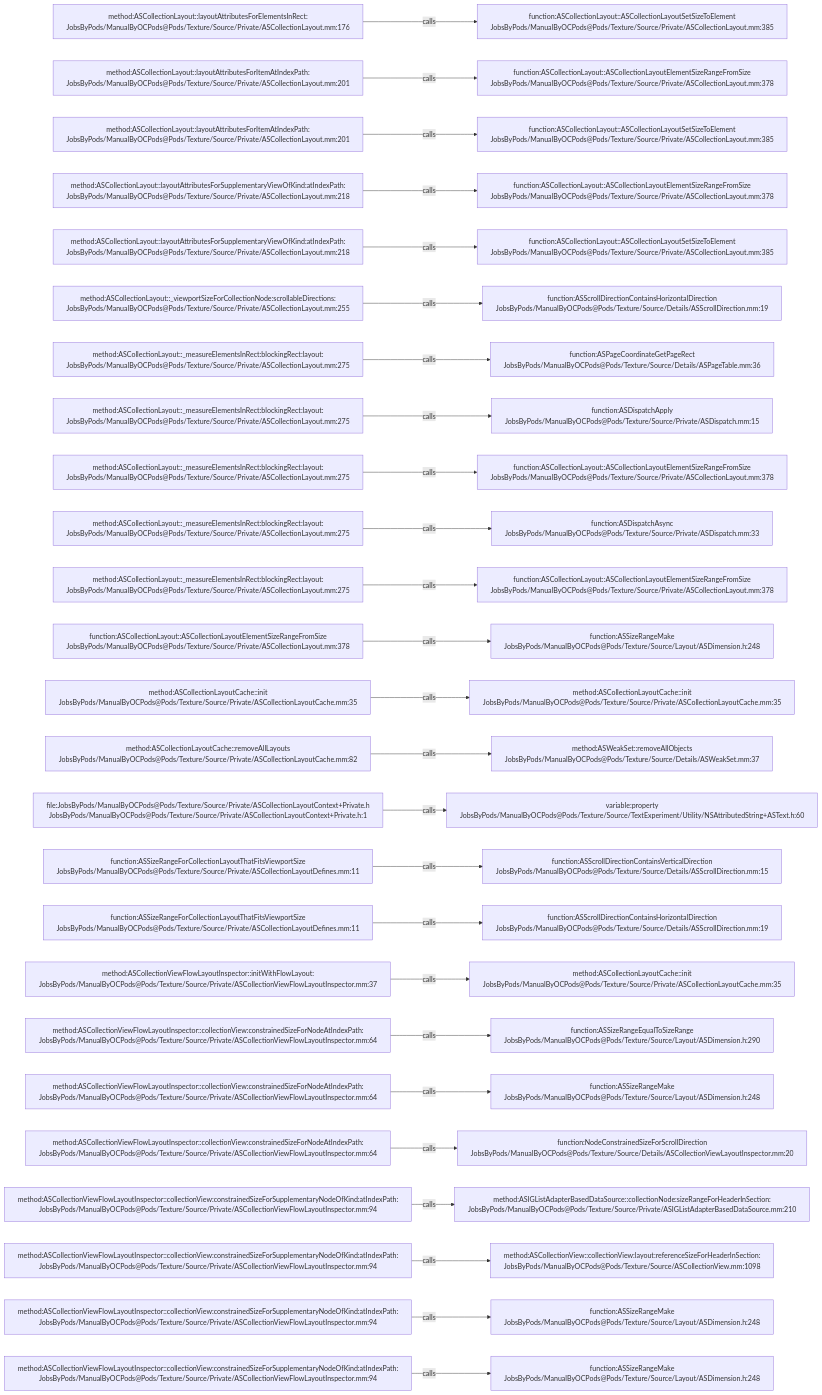
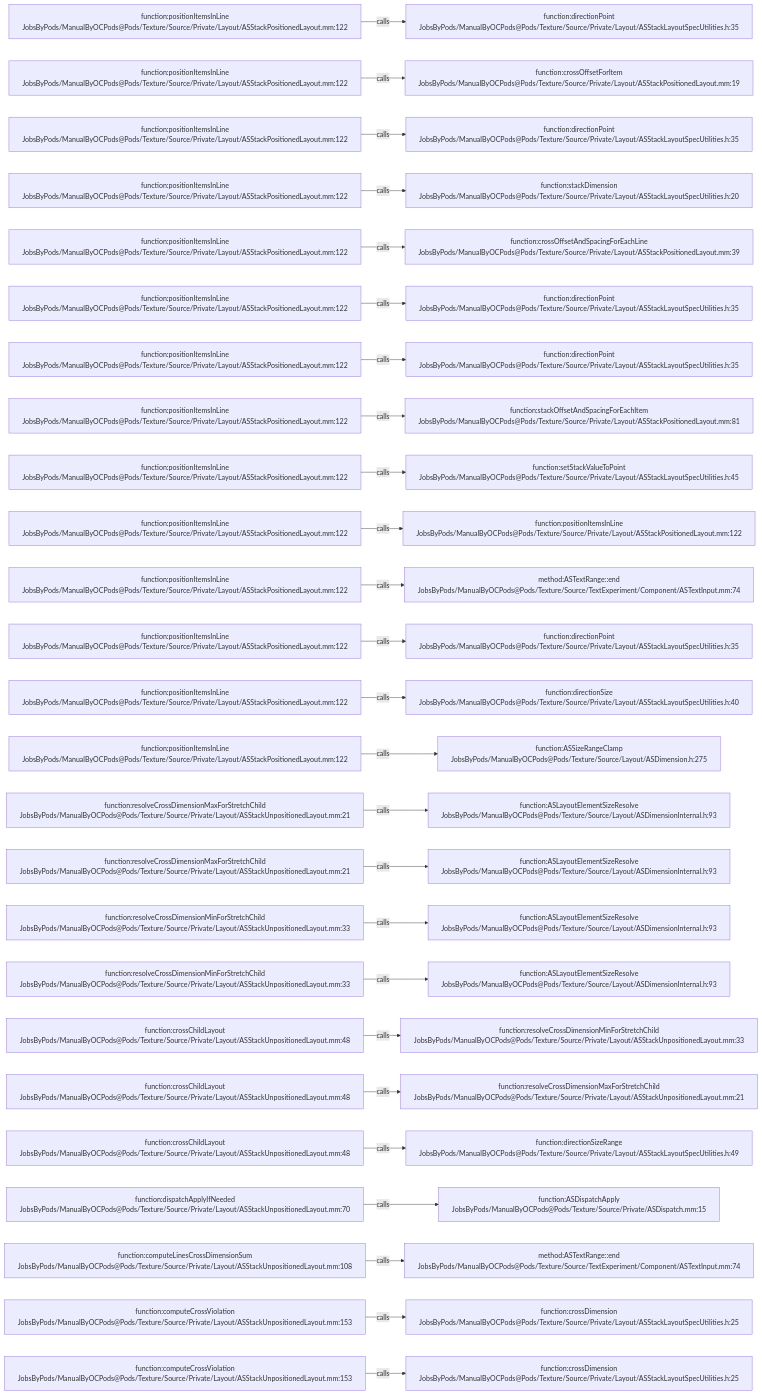
One commit to JobsKits/JobsOCBaseConfigDemo changed the diagram in .codegraph/codegraph.md/graphs/calls-177.md. Above: the diagram before and after it, drawn with Mermaid. The commit also changed 2723 other files, not shown here.

````diff
--- a/.codegraph/codegraph.md/graphs/calls-177.md
+++ b/.codegraph/codegraph.md/graphs/calls-177.md
@@ -13,78 +13,78 @@
 ```mermaid
 flowchart LR
-  S1["method:ASCollectionLayout::layoutAttributesForElementsInRect:<br/>JobsByPods/ManualByOCPods@Pods/Texture/Source/Private/ASCollectionLayout.mm:176"]
-  T1["function:ASCollectionLayout::ASCollectionLayoutSetSizeToElement<br/>JobsByPods/ManualByOCPods@Pods/Texture/Source/Private/ASCollectionLayout.mm:385"]
+  S1["function:positionItemsInLine<br/>JobsByPods/ManualByOCPods@Pods/Texture/Source/Private/Layout/ASStackPositionedLayout.mm:122"]
+  T1["function:directionPoint<br/>JobsByPods/ManualByOCPods@Pods/Texture/Source/Private/Layout/ASStackLayoutSpecUtilities.h:35"]
   S1 -->|calls| T1
-  S2["method:ASCollectionLayout::layoutAttributesForItemAtIndexPath:<br/>JobsByPods/ManualByOCPods@Pods/Texture/Source/Private/ASCollectionLayout.mm:201"]
-  T2["function:ASCollectionLayout::ASCollectionLayoutElementSizeRangeFromSize<br/>JobsByPods/ManualByOCPods@Pods/Texture/Source/Private/ASCollectionLayout.mm:378"]
+  S2["function:positionItemsInLine<br/>JobsByPods/ManualByOCPods@Pods/Texture/Source/Private/Layout/ASStackPositionedLayout.mm:122"]
+  T2["function:crossOffsetForItem<br/>JobsByPods/ManualByOCPods@Pods/Texture/Source/Private/Layout/ASStackPositionedLayout.mm:19"]
   S2 -->|calls| T2
-  S3["method:ASCollectionLayout::layoutAttributesForItemAtIndexPath:<br/>JobsByPods/ManualByOCPods@Pods/Texture/Source/Private/ASCollectionLayout.mm:201"]
-  T3["function:ASCollectionLayout::ASCollectionLayoutSetSizeToElement<br/>JobsByPods/ManualByOCPods@Pods/Texture/Source/Private/ASCollectionLayout.mm:385"]
+  S3["function:positionItemsInLine<br/>JobsByPods/ManualByOCPods@Pods/Texture/Source/Private/Layout/ASStackPositionedLayout.mm:122"]
+  T3["function:directionPoint<br/>JobsByPods/ManualByOCPods@Pods/Texture/Source/Private/Layout/ASStackLayoutSpecUtilities.h:35"]
   S3 -->|calls| T3
-  S4["method:ASCollectionLayout::layoutAttributesForSupplementaryViewOfKind:atIndexPath:<br/>JobsByPods/ManualByOCPods@Pods/Texture/Source/Private/ASCollectionLayout.mm:218"]
-  T4["function:ASCollectionLayout::ASCollectionLayoutElementSizeRangeFromSize<br/>JobsByPods/ManualByOCPods@Pods/Texture/Source/Private/ASCollectionLayout.mm:378"]
+  S4["function:positionItemsInLine<br/>JobsByPods/ManualByOCPods@Pods/Texture/Source/Private/Layout/ASStackPositionedLayout.mm:122"]
+  T4["function:stackDimension<br/>JobsByPods/ManualByOCPods@Pods/Texture/Source/Private/Layout/ASStackLayoutSpecUtilities.h:20"]
   S4 -->|calls| T4
-  S5["method:ASCollectionLayout::layoutAttributesForSupplementaryViewOfKind:atIndexPath:<br/>JobsByPods/ManualByOCPods@Pods/Texture/Source/Private/ASCollectionLayout.mm:218"]
-  T5["function:ASCollectionLayout::ASCollectionLayoutSetSizeToElement<br/>JobsByPods/ManualByOCPods@Pods/Texture/Source/Private/ASCollectionLayout.mm:385"]
+  S5["function:positionItemsInLine<br/>JobsByPods/ManualByOCPods@Pods/Texture/Source/Private/Layout/ASStackPositionedLayout.mm:122"]
+  T5["function:crossOffsetAndSpacingForEachLine<br/>JobsByPods/ManualByOCPods@Pods/Texture/Source/Private/Layout/ASStackPositionedLayout.mm:39"]
   S5 -->|calls| T5
-  S6["method:ASCollectionLayout::_viewportSizeForCollectionNode:scrollableDirections:<br/>JobsByPods/ManualByOCPods@Pods/Texture/Source/Private/ASCollectionLayout.mm:255"]
-  T6["function:ASScrollDirectionContainsHorizontalDirection<br/>JobsByPods/ManualByOCPods@Pods/Texture/Source/Details/ASScrollDirection.mm:19"]
+  S6["function:positionItemsInLine<br/>JobsByPods/ManualByOCPods@Pods/Texture/Source/Private/Layout/ASStackPositionedLayout.mm:122"]
+  T6["function:directionPoint<br/>JobsByPods/ManualByOCPods@Pods/Texture/Source/Private/Layout/ASStackLayoutSpecUtilities.h:35"]
   S6 -->|calls| T6
-  S7["method:ASCollectionLayout::_measureElementsInRect:blockingRect:layout:<br/>JobsByPods/ManualByOCPods@Pods/Texture/Source/Private/ASCollectionLayout.mm:275"]
-  T7["function:ASPageCoordinateGetPageRect<br/>JobsByPods/ManualByOCPods@Pods/Texture/Source/Details/ASPageTable.mm:36"]
+  S7["function:positionItemsInLine<br/>JobsByPods/ManualByOCPods@Pods/Texture/Source/Private/Layout/ASStackPositionedLayout.mm:122"]
+  T7["function:directionPoint<br/>JobsByPods/ManualByOCPods@Pods/Texture/Source/Private/Layout/ASStackLayoutSpecUtilities.h:35"]
   S7 -->|calls| T7
-  S8["method:ASCollectionLayout::_measureElementsInRect:blockingRect:layout:<br/>JobsByPods/ManualByOCPods@Pods/Texture/Source/Private/ASCollectionLayout.mm:275"]
-  T8["function:ASDispatchApply<br/>JobsByPods/ManualByOCPods@Pods/Texture/Source/Private/ASDispatch.mm:15"]
+  S8["function:positionItemsInLine<br/>JobsByPods/ManualByOCPods@Pods/Texture/Source/Private/Layout/ASStackPositionedLayout.mm:122"]
+  T8["function:stackOffsetAndSpacingForEachItem<br/>JobsByPods/ManualByOCPods@Pods/Texture/Source/Private/Layout/ASStackPositionedLayout.mm:81"]
   S8 -->|calls| T8
-  S9["method:ASCollectionLayout::_measureElementsInRect:blockingRect:layout:<br/>JobsByPods/ManualByOCPods@Pods/Texture/Source/Private/ASCollectionLayout.mm:275"]
-  T9["function:ASCollectionLayout::ASCollectionLayoutElementSizeRangeFromSize<br/>JobsByPods/ManualByOCPods@Pods/Texture/Source/Private/ASCollectionLayout.mm:378"]
+  S9["function:positionItemsInLine<br/>JobsByPods/ManualByOCPods@Pods/Texture/Source/Private/Layout/ASStackPositionedLayout.mm:122"]
+  T9["function:setStackValueToPoint<br/>JobsByPods/ManualByOCPods@Pods/Texture/Source/Private/Layout/ASStackLayoutSpecUtilities.h:45"]
   S9 -->|calls| T9
-  S10["method:ASCollectionLayout::_measureElementsInRect:blockingRect:layout:<br/>JobsByPods/ManualByOCPods@Pods/Texture/Source/Private/ASCollectionLayout.mm:275"]
-  T10["function:ASDispatchAsync<br/>JobsByPods/ManualByOCPods@Pods/Texture/Source/Private/ASDispatch.mm:33"]
+  S10["function:positionItemsInLine<br/>JobsByPods/ManualByOCPods@Pods/Texture/Source/Private/Layout/ASStackPositionedLayout.mm:122"]
+  T10["function:positionItemsInLine<br/>JobsByPods/ManualByOCPods@Pods/Texture/Source/Private/Layout/ASStackPositionedLayout.mm:122"]
   S10 -->|calls| T10
-  S11["method:ASCollectionLayout::_measureElementsInRect:blockingRect:layout:<br/>JobsByPods/ManualByOCPods@Pods/Texture/Source/Private/ASCollectionLayout.mm:275"]
-  T11["function:ASCollectionLayout::ASCollectionLayoutElementSizeRangeFromSize<br/>JobsByPods/ManualByOCPods@Pods/Texture/Source/Private/ASCollectionLayout.mm:378"]
+  S11["function:positionItemsInLine<br/>JobsByPods/ManualByOCPods@Pods/Texture/Source/Private/Layout/ASStackPositionedLayout.mm:122"]
+  T11["method:ASTextRange::end<br/>JobsByPods/ManualByOCPods@Pods/Texture/Source/TextExperiment/Component/ASTextInput.mm:74"]
   S11 -->|calls| T11
-  S12["function:ASCollectionLayout::ASCollectionLayoutElementSizeRangeFromSize<br/>JobsByPods/ManualByOCPods@Pods/Texture/Source/Private/ASCollectionLayout.mm:378"]
-  T12["function:ASSizeRangeMake<br/>JobsByPods/ManualByOCPods@Pods/Texture/Source/Layout/ASDimension.h:248"]
+  S12["function:positionItemsInLine<br/>JobsByPods/ManualByOCPods@Pods/Texture/Source/Private/Layout/ASStackPositionedLayout.mm:122"]
+  T12["function:directionPoint<br/>JobsByPods/ManualByOCPods@Pods/Texture/Source/Private/Layout/ASStackLayoutSpecUtilities.h:35"]
   S12 -->|calls| T12
-  S13["method:ASCollectionLayoutCache::init<br/>JobsByPods/ManualByOCPods@Pods/Texture/Source/Private/ASCollectionLayoutCache.mm:35"]
-  T13["method:ASCollectionLayoutCache::init<br/>JobsByPods/ManualByOCPods@Pods/Texture/Source/Private/ASCollectionLayoutCache.mm:35"]
+  S13["function:positionItemsInLine<br/>JobsByPods/ManualByOCPods@Pods/Texture/Source/Private/Layout/ASStackPositionedLayout.mm:122"]
+  T13["function:directionSize<br/>JobsByPods/ManualByOCPods@Pods/Texture/Source/Private/Layout/ASStackLayoutSpecUtilities.h:40"]
   S13 -->|calls| T13
-  S14["method:ASCollectionLayoutCache::removeAllLayouts<br/>JobsByPods/ManualByOCPods@Pods/Texture/Source/Private/ASCollectionLayoutCache.mm:82"]
-  T14["method:ASWeakSet::removeAllObjects<br/>JobsByPods/ManualByOCPods@Pods/Texture/Source/Details/ASWeakSet.mm:37"]
+  S14["function:positionItemsInLine<br/>JobsByPods/ManualByOCPods@Pods/Texture/Source/Private/Layout/ASStackPositionedLayout.mm:122"]
+  T14["function:ASSizeRangeClamp<br/>JobsByPods/ManualByOCPods@Pods/Texture/Source/Layout/ASDimension.h:275"]
   S14 -->|calls| T14
-  S15["file:JobsByPods/ManualByOCPods@Pods/Texture/Source/Private/ASCollectionLayoutContext+Private.h<br/>JobsByPods/ManualByOCPods@Pods/Texture/Source/Private/ASCollectionLayoutContext+Private.h:1"]
-  T15["variable:property<br/>JobsByPods/ManualByOCPods@Pods/Texture/Source/TextExperiment/Utility/NSAttributedString+ASText.h:60"]
+  S15["function:resolveCrossDimensionMaxForStretchChild<br/>JobsByPods/ManualByOCPods@Pods/Texture/Source/Private/Layout/ASStackUnpositionedLayout.mm:21"]
+  T15["function:ASLayoutElementSizeResolve<br/>JobsByPods/ManualByOCPods@Pods/Texture/Source/Layout/ASDimensionInternal.h:93"]
   S15 -->|calls| T15
-  S16["function:ASSizeRangeForCollectionLayoutThatFitsViewportSize<br/>JobsByPods/ManualByOCPods@Pods/Texture/Source/Private/ASCollectionLayoutDefines.mm:11"]
-  T16["function:ASScrollDirectionContainsVerticalDirection<br/>JobsByPods/ManualByOCPods@Pods/Texture/Source/Details/ASScrollDirection.mm:15"]
+  S16["function:resolveCrossDimensionMaxForStretchChild<br/>JobsByPods/ManualByOCPods@Pods/Texture/Source/Private/Layout/ASStackUnpositionedLayout.mm:21"]
+  T16["function:ASLayoutElementSizeResolve<br/>JobsByPods/ManualByOCPods@Pods/Texture/Source/Layout/ASDimensionInternal.h:93"]
   S16 -->|calls| T16
-  S17["function:ASSizeRangeForCollectionLayoutThatFitsViewportSize<br/>JobsByPods/ManualByOCPods@Pods/Texture/Source/Private/ASCollectionLayoutDefines.mm:11"]
-  T17["function:ASScrollDirectionContainsHorizontalDirection<br/>JobsByPods/ManualByOCPods@Pods/Texture/Source/Details/ASScrollDirection.mm:19"]
+  S17["function:resolveCrossDimensionMinForStretchChild<br/>JobsByPods/ManualByOCPods@Pods/Texture/Source/Private/Layout/ASStackUnpositionedLayout.mm:33"]
+  T17["function:ASLayoutElementSizeResolve<br/>JobsByPods/ManualByOCPods@Pods/Texture/Source/Layout/ASDimensionInternal.h:93"]
   S17 -->|calls| T17
-  S18["method:ASCollectionViewFlowLayoutInspector::initWithFlowLayout:<br/>JobsByPods/ManualByOCPods@Pods/Texture/Source/Private/ASCollectionViewFlowLayoutInspector.mm:37"]
-  T18["method:ASCollectionLayoutCache::init<br/>JobsByPods/ManualByOCPods@Pods/Texture/Source/Private/ASCollectionLayoutCache.mm:35"]
+  S18["function:resolveCrossDimensionMinForStretchChild<br/>JobsByPods/ManualByOCPods@Pods/Texture/Source/Private/Layout/ASStackUnpositionedLayout.mm:33"]
+  T18["function:ASLayoutElementSizeResolve<br/>JobsByPods/ManualByOCPods@Pods/Texture/Source/Layout/ASDimensionInternal.h:93"]
   S18 -->|calls| T18
-  S19["method:ASCollectionViewFlowLayoutInspector::collectionView:constrainedSizeForNodeAtIndexPath:<br/>JobsByPods/ManualByOCPods@Pods/Texture/Source/Private/ASCollectionViewFlowLayoutInspector.mm:64"]
-  T19["function:ASSizeRangeEqualToSizeRange<br/>JobsByPods/ManualByOCPods@Pods/Texture/Source/Layout/ASDimension.h:290"]
+  S19["function:crossChildLayout<br/>JobsByPods/ManualByOCPods@Pods/Texture/Source/Private/Layout/ASStackUnpositionedLayout.mm:48"]
+  T19["function:resolveCrossDimensionMinForStretchChild<br/>JobsByPods/ManualByOCPods@Pods/Texture/Source/Private/Layout/ASStackUnpositionedLayout.mm:33"]
   S19 -->|calls| T19
-  S20["method:ASCollectionViewFlowLayoutInspector::collectionView:constrainedSizeForNodeAtIndexPath:<br/>JobsByPods/ManualByOCPods@Pods/Texture/Source/Private/ASCollectionViewFlowLayoutInspector.mm:64"]
-  T20["function:ASSizeRangeMake<br/>JobsByPods/ManualByOCPods@Pods/Texture/Source/Layout/ASDimension.h:248"]
+  S20["function:crossChildLayout<br/>JobsByPods/ManualByOCPods@Pods/Texture/Source/Private/Layout/ASStackUnpositionedLayout.mm:48"]
+  T20["function:resolveCrossDimensionMaxForStretchChild<br/>JobsByPods/ManualByOCPods@Pods/Texture/Source/Private/Layout/ASStackUnpositionedLayout.mm:21"]
   S20 -->|calls| T20
-  S21["method:ASCollectionViewFlowLayoutInspector::collectionView:constrainedSizeForNodeAtIndexPath:<br/>JobsByPods/ManualByOCPods@Pods/Texture/Source/Private/ASCollectionViewFlowLayoutInspector.mm:64"]
-  T21["function:NodeConstrainedSizeForScrollDirection<br/>JobsByPods/ManualByOCPods@Pods/Texture/Source/Details/ASCollectionViewLayoutInspector.mm:20"]
+  S21["function:crossChildLayout<br/>JobsByPods/ManualByOCPods@Pods/Texture/Source/Private/Layout/ASStackUnpositionedLayout.mm:48"]
+  T21["function:directionSizeRange<br/>JobsByPods/ManualByOCPods@Pods/Texture/Source/Private/Layout/ASStackLayoutSpecUtilities.h:49"]
   S21 -->|calls| T21
-  S22["method:ASCollectionViewFlowLayoutInspector::collectionView:constrainedSizeForSupplementaryNodeOfKind:atIndexPath:<br/>JobsByPods/ManualByOCPods@Pods/Texture/Source/Private/ASCollectionViewFlowLayoutInspector.mm:94"]
-  T22["method:ASIGListAdapterBasedDataSource::collectionNode:sizeRangeForHeaderInSection:<br/>JobsByPods/ManualByOCPods@Pods/Texture/Source/Private/ASIGListAdapterBasedDataSource.mm:210"]
+  S22["function:dispatchApplyIfNeeded<br/>JobsByPods/ManualByOCPods@Pods/Texture/Source/Private/Layout/ASStackUnpositionedLayout.mm:70"]
+  T22["function:ASDispatchApply<br/>JobsByPods/ManualByOCPods@Pods/Texture/Source/Private/ASDispatch.mm:15"]
   S22 -->|calls| T22
-  S23["method:ASCollectionViewFlowLayoutInspector::collectionView:constrainedSizeForSupplementaryNodeOfKind:atIndexPath:<br/>JobsByPods/ManualByOCPods@Pods/Texture/Source/Private/ASCollectionViewFlowLayoutInspector.mm:94"]
-  T23["method:ASCollectionView::collectionView:layout:referenceSizeForHeaderInSection:<br/>JobsByPods/ManualByOCPods@Pods/Texture/Source/ASCollectionView.mm:1098"]
+  S23["function:computeLinesCrossDimensionSum<br/>JobsByPods/ManualByOCPods@Pods/Texture/Source/Private/Layout/ASStackUnpositionedLayout.mm:108"]
+  T23["method:ASTextRange::end<br/>JobsByPods/ManualByOCPods@Pods/Texture/Source/TextExperiment/Component/ASTextInput.mm:74"]
   S23 -->|calls| T23
-  S24["method:ASCollectionViewFlowLayoutInspector::collectionView:constrainedSizeForSupplementaryNodeOfKind:atIndexPath:<br/>JobsByPods/ManualByOCPods@Pods/Texture/Source/Private/ASCollectionViewFlowLayoutInspector.mm:94"]
-  T24["function:ASSizeRangeMake<br/>JobsByPods/ManualByOCPods@Pods/Texture/Source/Layout/ASDimension.h:248"]
+  S24["function:computeCrossViolation<br/>JobsByPods/ManualByOCPods@Pods/Texture/Source/Private/Layout/ASStackUnpositionedLayout.mm:153"]
+  T24["function:crossDimension<br/>JobsByPods/ManualByOCPods@Pods/Texture/Source/Private/Layout/ASStackLayoutSpecUtilities.h:25"]
   S24 -->|calls| T24
-  S25["method:ASCollectionViewFlowLayoutInspector::collectionView:constrainedSizeForSupplementaryNodeOfKind:atIndexPath:<br/>JobsByPods/ManualByOCPods@Pods/Texture/Source/Private/ASCollectionViewFlowLayoutInspector.mm:94"]
-  T25["function:ASSizeRangeMake<br/>JobsByPods/ManualByOCPods@Pods/Texture/Source/Layout/ASDimension.h:248"]
+  S25["function:computeCrossViolation<br/>JobsByPods/ManualByOCPods@Pods/Texture/Source/Private/Layout/ASStackUnpositionedLayout.mm:153"]
+  T25["function:crossDimension<br/>JobsByPods/ManualByOCPods@Pods/Texture/Source/Private/Layout/ASStackLayoutSpecUtilities.h:25"]
   S25 -->|calls| T25
 ```
````
